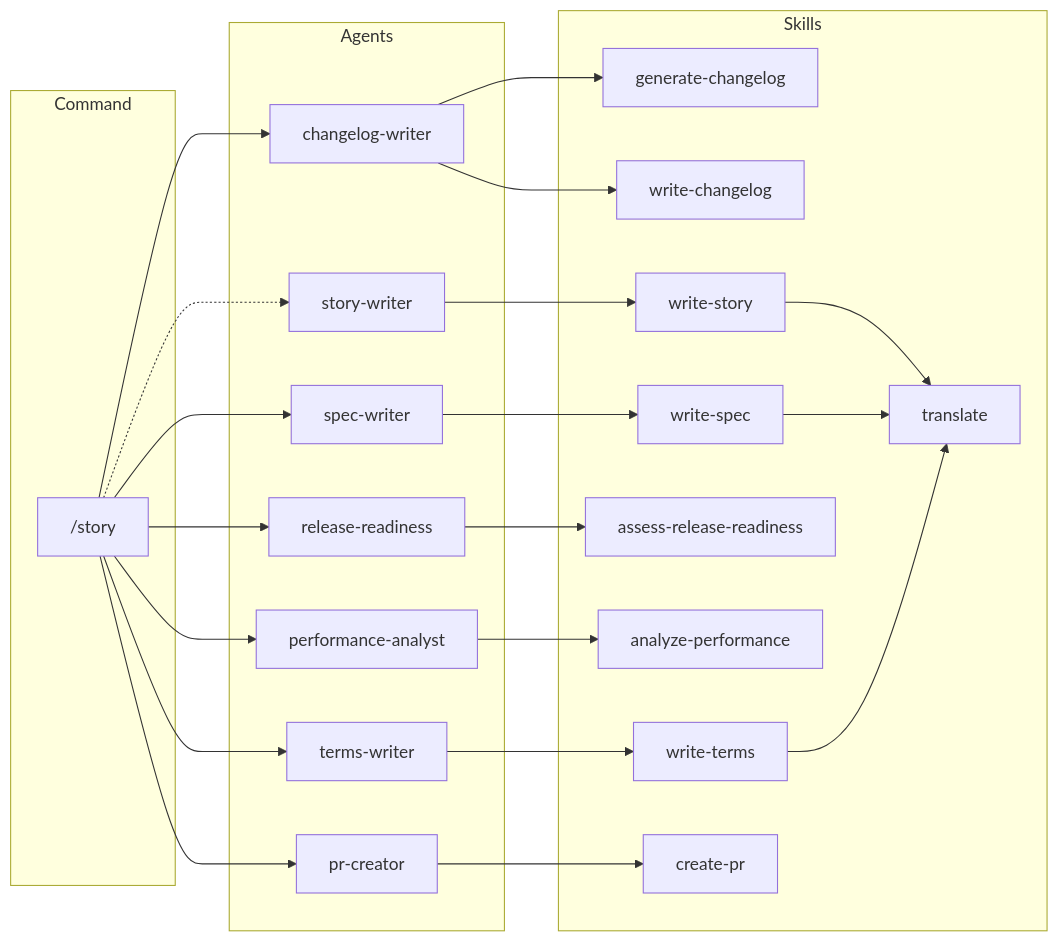
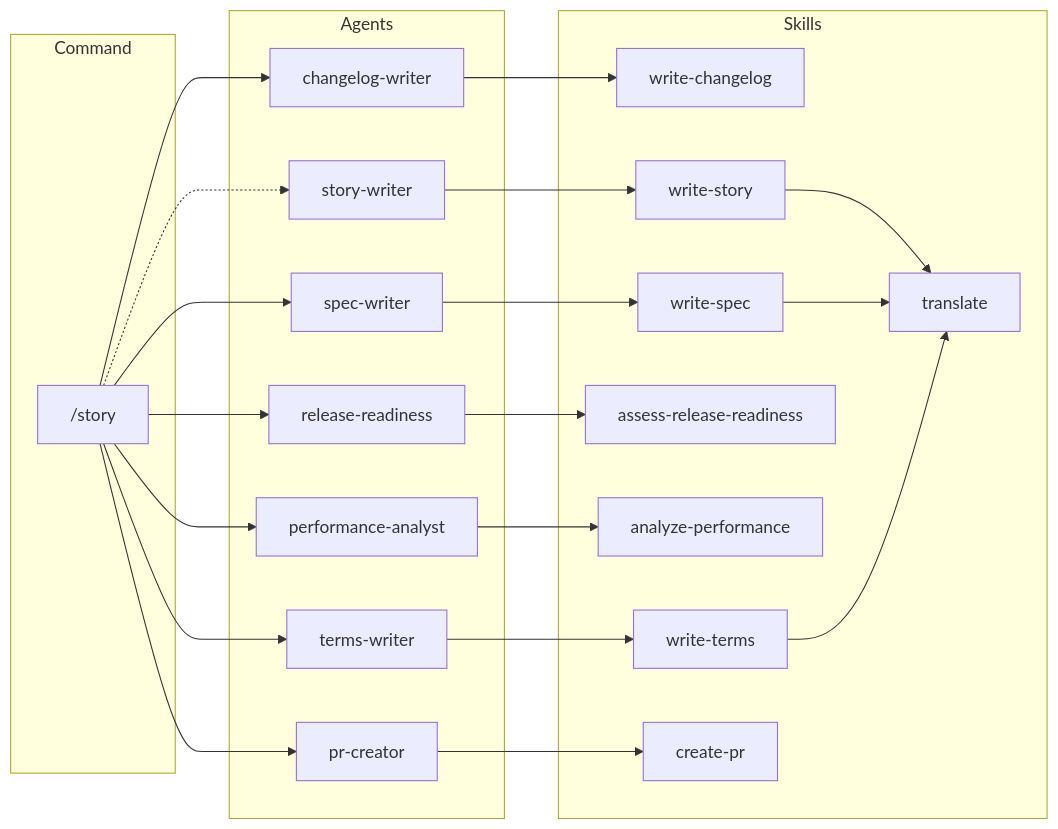
One commit to qmu/workaholic changed the fourth of 6 diagrams in .workaholic/specs/architecture.md. Above: the diagram before and after it, drawn with Mermaid. The commit also changed other lines of this file and 8 other files, not shown here.

First line of the commit message:
Merge generate-changelog into write-changelog

````diff
--- a/.workaholic/specs/architecture.md
+++ b/.workaholic/specs/architecture.md
@@ -220,45 +217,44 @@
 ```mermaid
 flowchart LR
     subgraph Command
         story["/story"]
     end
 
     subgraph Agents
         cw[changelog-writer]
         spw[spec-writer]
         tw[terms-writer]
         rr[release-readiness]
         pa[performance-analyst]
         sw[story-writer]
         pc[pr-creator]
     end
 
     subgraph Skills
-        gc[generate-changelog]
         wc[write-changelog]
         wsp[write-spec]
         wt[write-terms]
         arr[assess-release-readiness]
         ap[analyze-performance]
         ws[write-story]
         tr[translate]
         cp[create-pr]
     end
 
     story --> cw & spw & tw & rr & pa
     story -.-> sw
     story --> pc
 
-    cw --> gc & wc
+    cw --> wc
     spw --> wsp
     tw --> wt
     rr --> arr
     pa --> ap
     sw --> ws
     pc --> cp
 
     %% Skill-to-skill
     ws --> tr
     wsp --> tr
     wt --> tr
 ```
````
